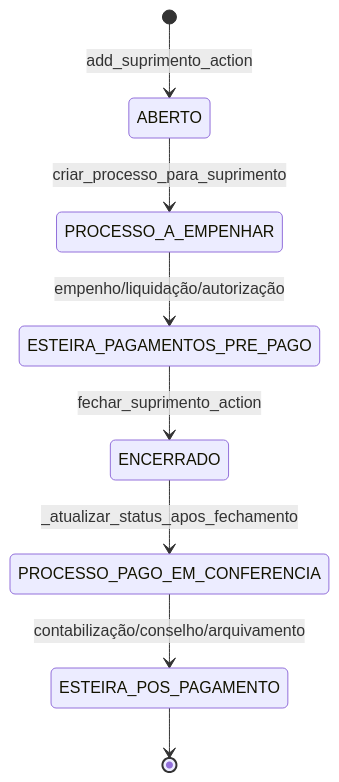
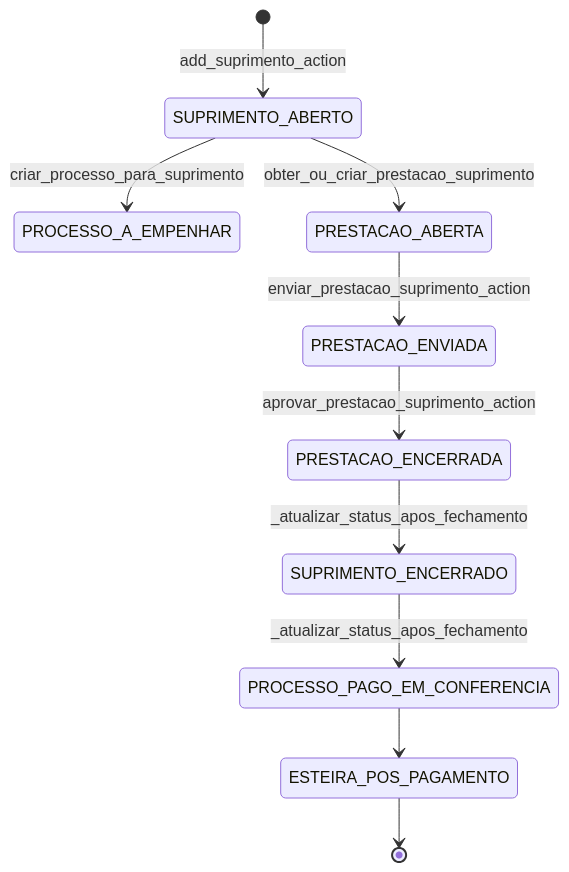
Before and after one commit to BS15/DjangoProject: the diagram in docs/fluxos/suprimento_fundos.md, drawn with Mermaid. The commit also changed other lines of this file, not shown here.

First line of the commit message:
docs: redo suprimento workflow documentation

````diff
--- a/docs/fluxos/suprimento_fundos.md
+++ b/docs/fluxos/suprimento_fundos.md
@@ -9,10 +9,12 @@
 ```mermaid
 stateDiagram-v2
-    [*] --> ABERTO : add_suprimento_action
-    ABERTO --> PROCESSO_A_EMPENHAR : criar_processo_para_suprimento
-    PROCESSO_A_EMPENHAR --> ESTEIRA_PAGAMENTOS_PRE_PAGO : empenho/liquidação/autorização
-    ESTEIRA_PAGAMENTOS_PRE_PAGO --> ENCERRADO : fechar_suprimento_action
-    ENCERRADO --> PROCESSO_PAGO_EM_CONFERENCIA : _atualizar_status_apos_fechamento
-    PROCESSO_PAGO_EM_CONFERENCIA --> ESTEIRA_POS_PAGAMENTO : contabilização/conselho/arquivamento
+    [*] --> SUPRIMENTO_ABERTO : add_suprimento_action
+    SUPRIMENTO_ABERTO --> PROCESSO_A_EMPENHAR : criar_processo_para_suprimento
+    SUPRIMENTO_ABERTO --> PRESTACAO_ABERTA : obter_ou_criar_prestacao_suprimento
+    PRESTACAO_ABERTA --> PRESTACAO_ENVIADA : enviar_prestacao_suprimento_action
+    PRESTACAO_ENVIADA --> PRESTACAO_ENCERRADA : aprovar_prestacao_suprimento_action
+    PRESTACAO_ENCERRADA --> SUPRIMENTO_ENCERRADO : _atualizar_status_apos_fechamento
+    SUPRIMENTO_ENCERRADO --> PROCESSO_PAGO_EM_CONFERENCIA : _atualizar_status_apos_fechamento
+    PROCESSO_PAGO_EM_CONFERENCIA --> ESTEIRA_POS_PAGAMENTO
     ESTEIRA_POS_PAGAMENTO --> [*]
 ```
````
